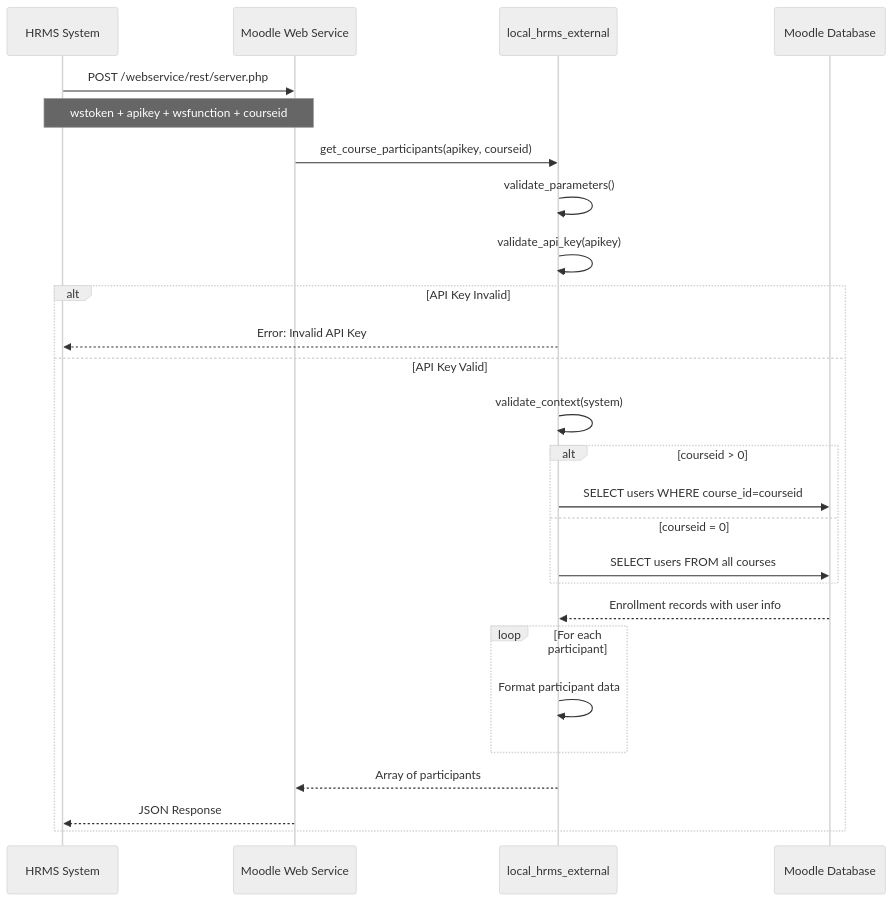
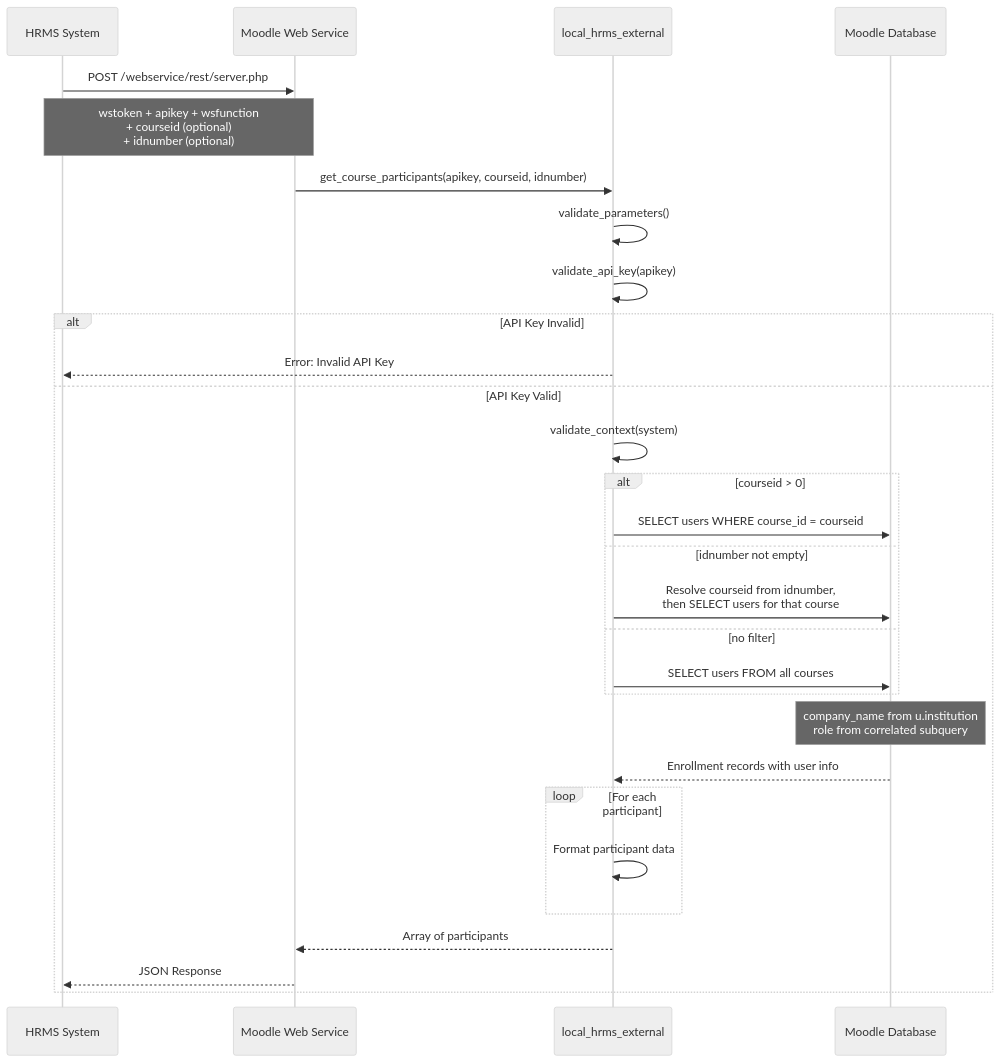
One commit to toosa/moodle-hrms changed the fourth of 21 diagrams in DIAGRAMS.md. Above: the diagram before and after it, drawn with Mermaid (neutral theme). The commit also changed other lines of this file and 1 other file, not shown here.

First line of the commit message:
Refactor and expand sequence diagrams in DIAGRAMS.md

````diff
--- a/DIAGRAMS.md
+++ b/DIAGRAMS.md
@@ -137,36 +150,39 @@
 ```mermaid
 sequenceDiagram
     participant HRMS as HRMS System
     participant WS as Moodle Web Service
     participant API as local_hrms_external
     participant DB as Moodle Database
     
     HRMS->>WS: POST /webservice/rest/server.php
-    Note over HRMS,WS: wstoken + apikey + wsfunction + courseid
+    Note over HRMS,WS: wstoken + apikey + wsfunction<br/>+ courseid (optional)<br/>+ idnumber (optional)
     
-    WS->>API: get_course_participants(apikey, courseid)
+    WS->>API: get_course_participants(apikey, courseid, idnumber)
     
     API->>API: validate_parameters()
     API->>API: validate_api_key(apikey)
     
     alt API Key Invalid
         API-->>HRMS: Error: Invalid API Key
     else API Key Valid
         API->>API: validate_context(system)
         
         alt courseid > 0
-            API->>DB: SELECT users WHERE course_id=courseid
-        else courseid = 0
+            API->>DB: SELECT users WHERE course_id = courseid
+        else idnumber not empty
+            API->>DB: Resolve courseid from idnumber,<br/>then SELECT users for that course
+        else no filter
             API->>DB: SELECT users FROM all courses
         end
         
+        Note over DB: company_name from u.institution<br/>role from correlated subquery
         DB-->>API: Enrollment records with user info
         
         loop For each participant
             API->>API: Format participant data
         end
         
         API-->>WS: Array of participants
         WS-->>HRMS: JSON Response
     end
 ```
````
